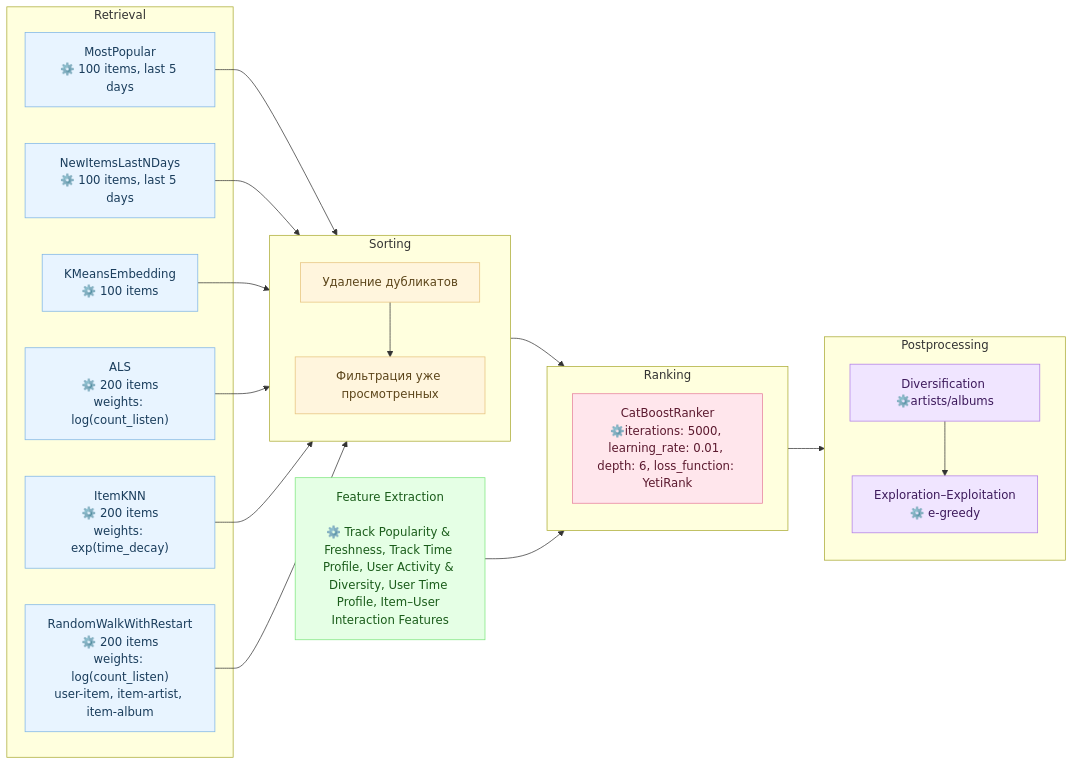
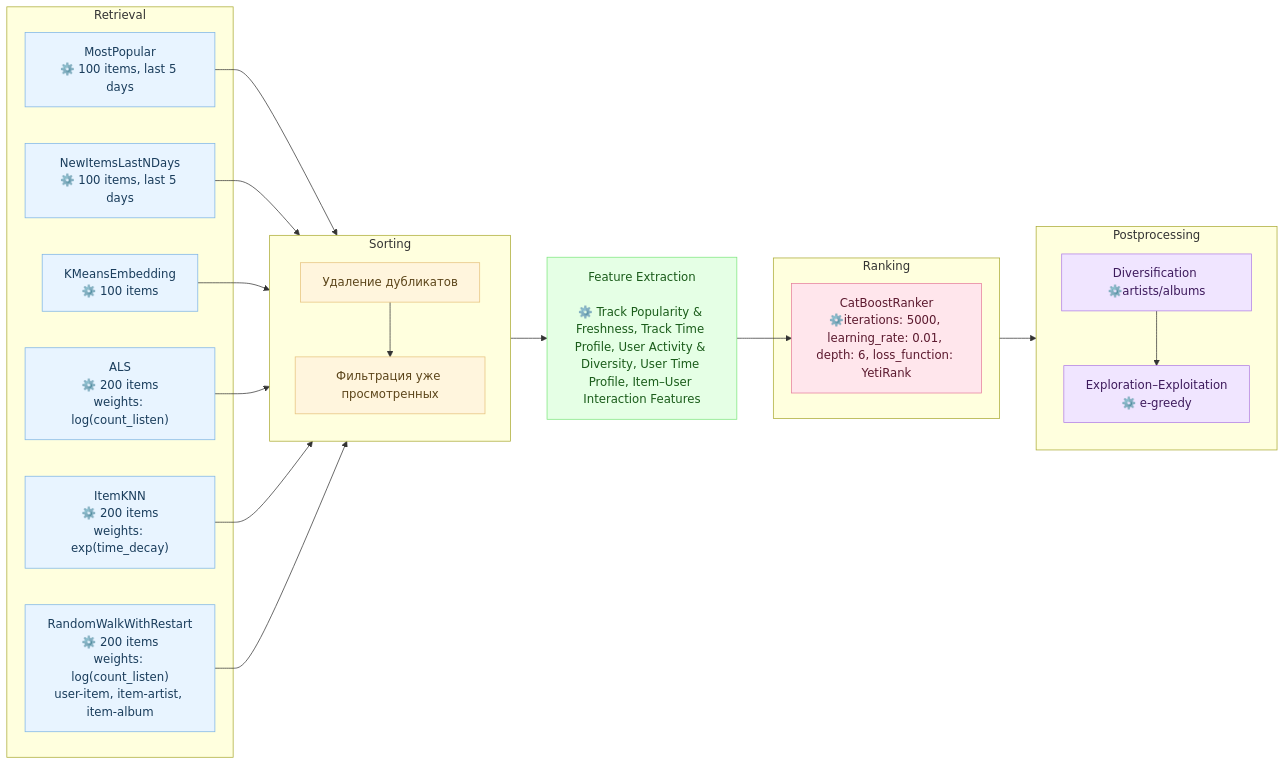
Before and after one commit to Nastasy822/music-recommendation-experiments: the second of 2 diagrams in README.md, drawn with Mermaid.

Commit message:
docs(readme): update diagram

````diff
--- a/README.md
+++ b/README.md
@@ -180,61 +180,62 @@
 ```mermaid
 flowchart LR
     %% === Retrieval Models ===
     subgraph RETRIEVAL ["Retrieval"]
         PopAll["MostPopular<br/>⚙️ 100 items, last 5 days"]
         PopUser["NewItemsLastNDays<br/>⚙️ 100 items, last 5 days"]
         SIM["KMeansEmbedding<br/>⚙️ 100 items"]
         ITEMKNN["ItemKNN<br/>⚙️ 200 items<br/>weights: exp(time_decay)"]
         GRAPH["RandomWalkWithRestart<br/>⚙️ 200 items<br/>weights: log(count_listen)<br/>user-item, item-artist, item-album"]
         ALS["ALS<br/>⚙️ 200 items<br/>weights: log(count_listen)"]
     end
 
     %% === Sorting Stage ===
     subgraph SORTING ["Sorting"]
         direction TB
         DUBLICATE["Удаление дубликатов"]
         FILTER["Фильтрация уже просмотренных"]
         DUBLICATE --> FILTER
     end
 
     %% === Ranking Stage ===
     subgraph RANKING ["Ranking"]
         RANK["CatBoostRanker<br/>⚙️iterations: 5000, learning_rate: 0.01, depth: 6, loss_function: YetiRank"]
     end
 
     %% === Postprocessing Stage ===
     subgraph POSTPROCESS ["Postprocessing"]
         direction TB
         ARTIST_FILTER["Diversification ⚙️artists/albums"]
         EXPLORATION["Exploration–Exploitation<br/> ⚙️ e-greedy"]
         ARTIST_FILTER --> EXPLORATION
     end
 
     %% === Feature Extraction ===
     FEATS["Feature Extraction<br><br>⚙️ Track Popularity & Freshness, Track Time Profile, User Activity & Diversity, User Time Profile, Item–User Interaction Features"]
 
     %% === Data Flows ===
     PopAll --> SORTING
     PopUser --> SORTING
     SIM --> SORTING
     ALS --> SORTING
     ITEMKNN --> SORTING
     GRAPH --> SORTING
-    SORTING --> RANKING
-    FEATS --> RANKING
+
+    SORTING --> FEATS
+    FEATS --> RANK
     RANKING --> POSTPROCESS
 
     %% === Styles ===
     classDef retrieval fill:#e8f4ff,stroke:#7db4e6,color:#1a3d5c;
     classDef sorting fill:#fff5dd,stroke:#e6c27d,color:#5c451a;
     classDef ranking fill:#ffe6ec,stroke:#e67d9c,color:#5c1a2f;
     classDef postprocess fill:#f0e5ff,stroke:#b07de6,color:#3d1a5c;
     classDef features fill:#e5ffe5,stroke:#7de67d,color:#1a5c1a;
 
     class PopAll,PopUser,SIM,ALS,ITEMKNN,GRAPH retrieval;
     class FILTER,DUBLICATE sorting;
     class RANK ranking;
     class ARTIST_FILTER,EXPLORATION postprocess;
     class FEATS features;
 
 ```
````
